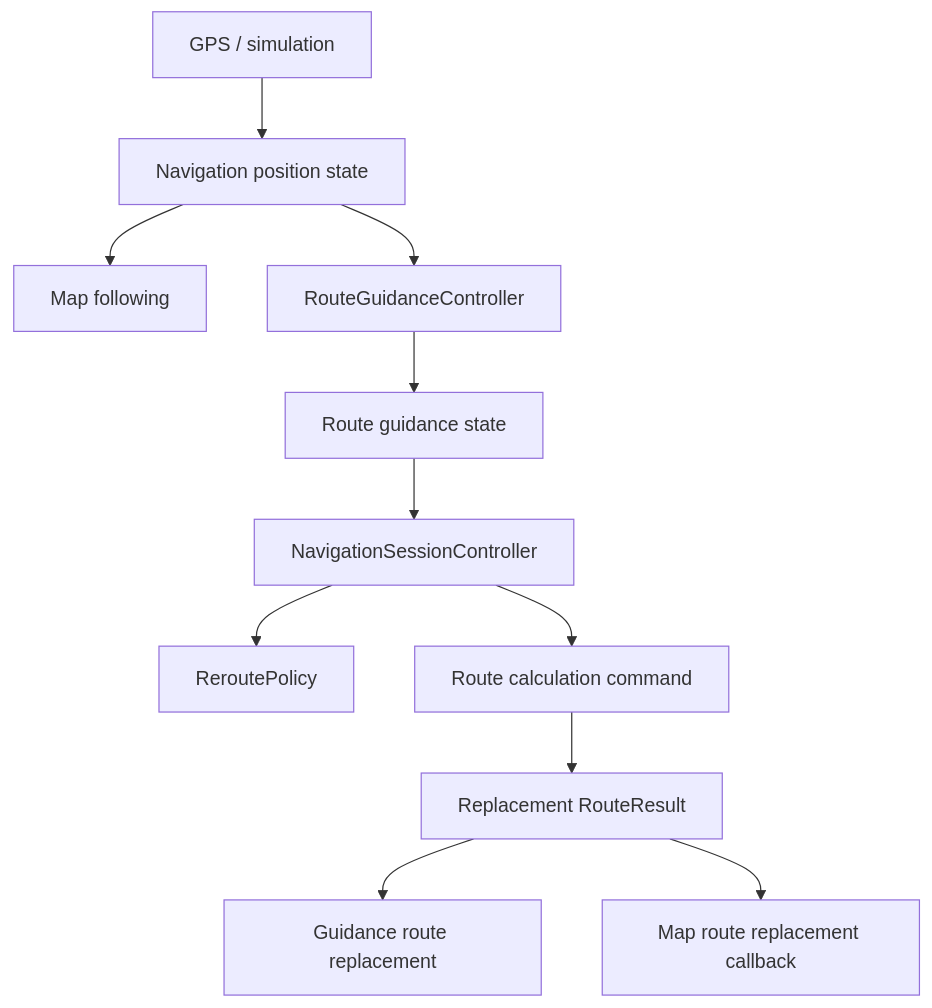
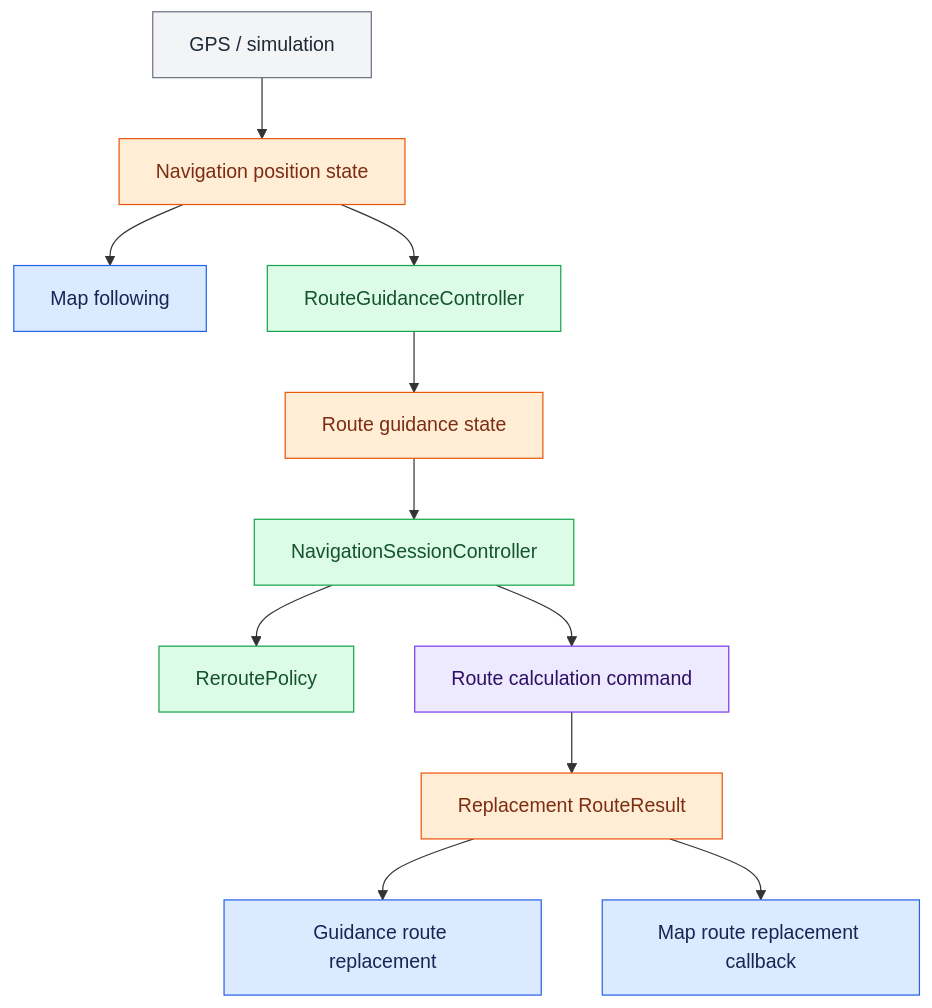
Before and after one commit to markisrt4/OpenRoadCode: the fourth of 5 diagrams in docs/architecture.md, drawn with Mermaid. The commit also changed other lines of this file, not shown here.

Commit message:
Color Mermaid diagrams by architecture layer

````diff
--- a/docs/architecture.md
+++ b/docs/architecture.md
@@ -64,14 +98,27 @@
 ```mermaid
 flowchart TD
     gps["GPS / simulation"] --> position["Navigation position state"]
     position --> map["Map following"]
     position --> guidance["RouteGuidanceController"]
     guidance --> guidanceState["Route guidance state"]
     guidanceState --> session["NavigationSessionController"]
 
     session --> policy["ReroutePolicy"]
     session --> command["Route calculation command"]
     command --> result["Replacement RouteResult"]
     result --> replaceGuidance["Guidance route replacement"]
     result --> replaceMap["Map route replacement callback"]
+
+    classDef orcApp fill:#dbeafe,stroke:#2563eb,color:#172554;
+    classDef orcService fill:#ede9fe,stroke:#7c3aed,color:#2e1065;
+    classDef orcController fill:#dcfce7,stroke:#16a34a,color:#14532d;
+    classDef orcMessage fill:#ffedd5,stroke:#ea580c,color:#7c2d12;
+    classDef orcAdapter fill:#fee2e2,stroke:#dc2626,color:#7f1d1d;
+    classDef orcExternal fill:#f3f4f6,stroke:#6b7280,color:#1f2937;
+    class gps orcExternal;
+    class position,guidanceState orcMessage;
+    class guidance,session,policy orcController;
+    class command orcService;
+    class result orcMessage;
+    class map,replaceGuidance,replaceMap orcApp;
 ```
````
